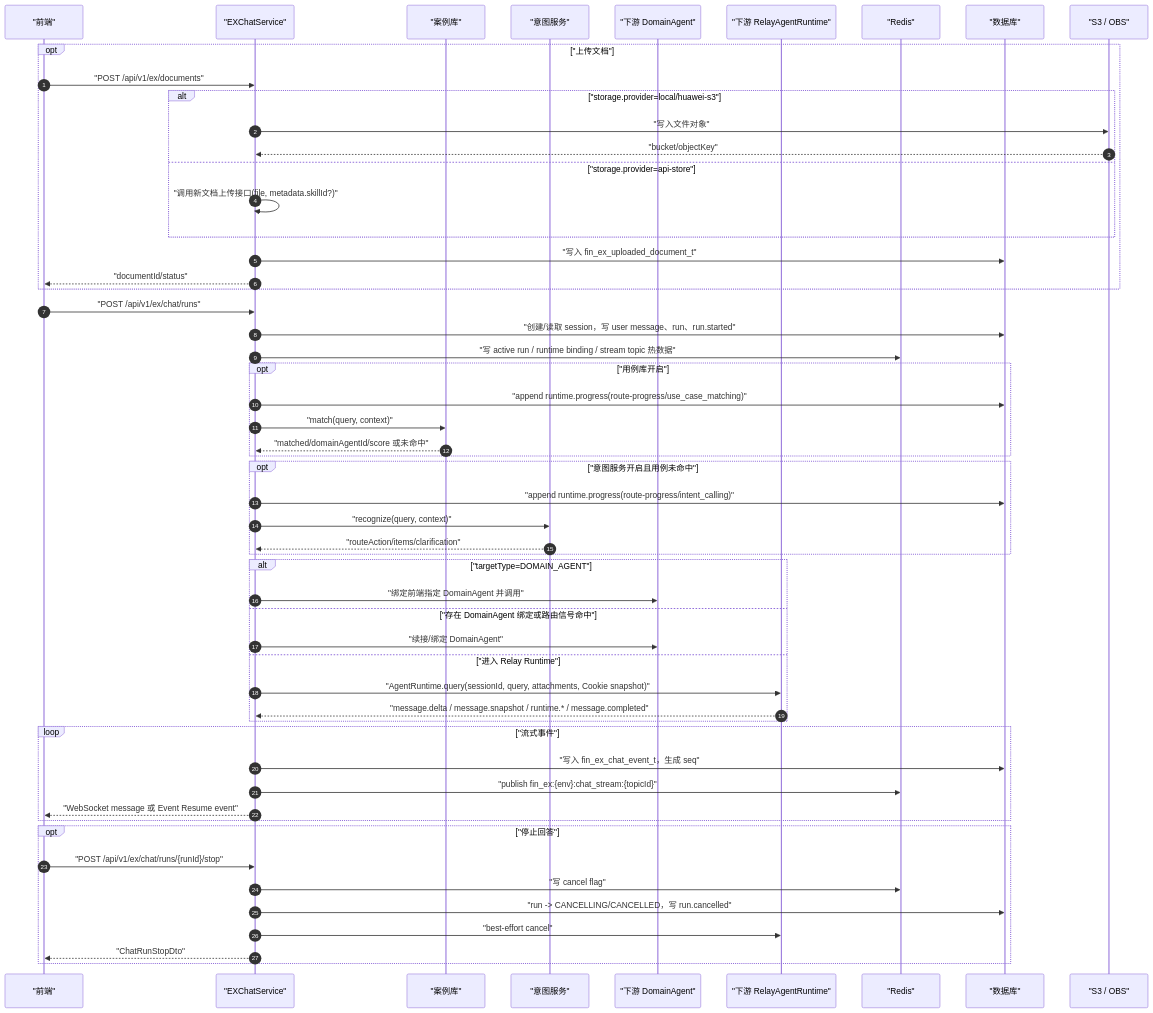
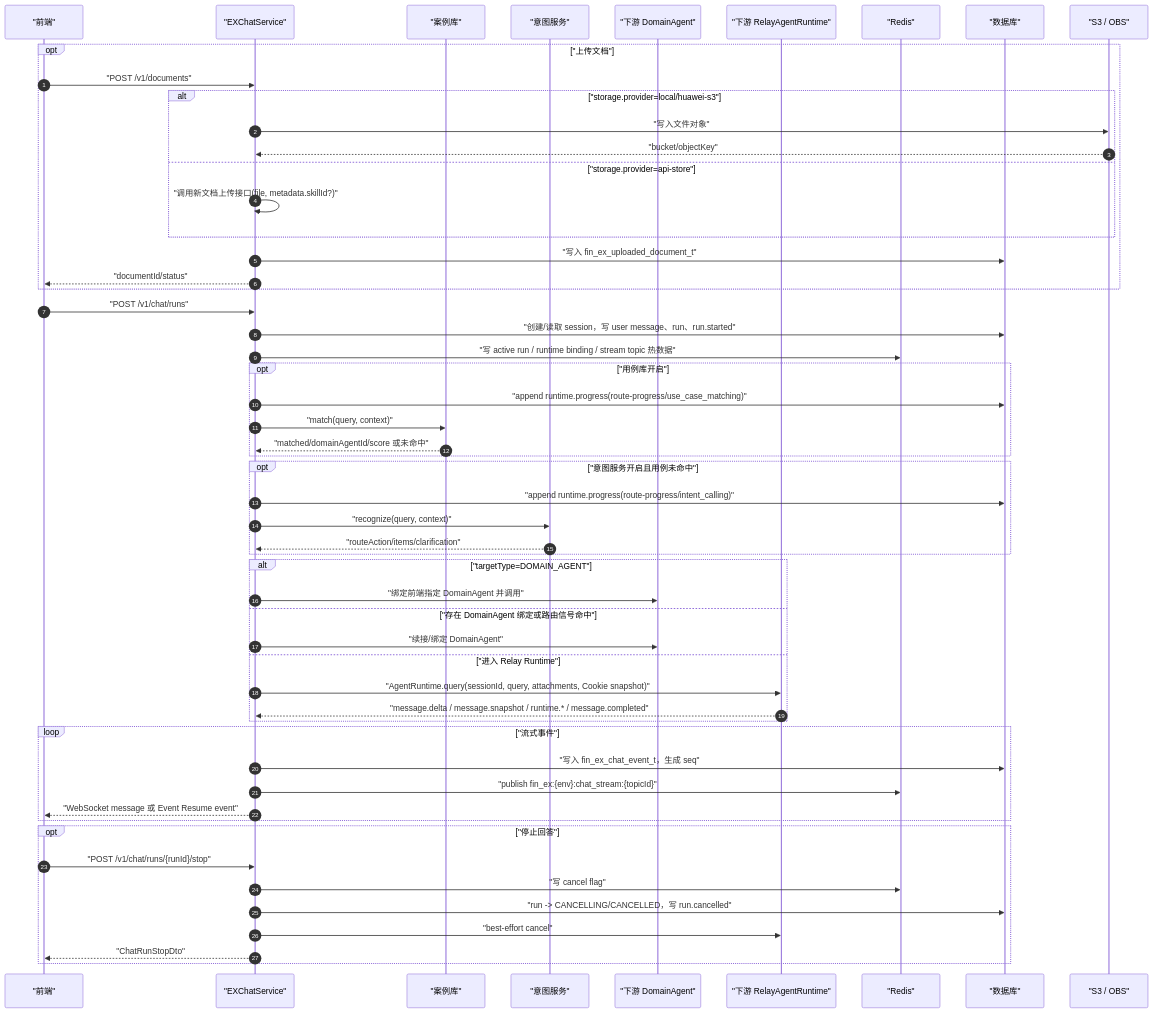
One commit to kunben-duck/exweb changed the third of 10 diagrams in docs/architecture/README.md. Above: the diagram before and after it, drawn with Mermaid. The commit also changed other lines of this file and 44 other files, not shown here.

````diff
--- a/docs/architecture/README.md
+++ b/docs/architecture/README.md
@@ -167,64 +167,64 @@
 ```mermaid
 sequenceDiagram
     autonumber
     participant Frontend as "前端"
     participant EX as "EXChatService"
     participant UseCase as "案例库"
     participant Intent as "意图服务"
     participant DomainAgent as "下游 DomainAgent"
     participant Relay as "下游 RelayAgentRuntime"
     participant Redis as "Redis"
     participant DB as "数据库"
     participant S3 as "S3 / OBS"
 
     opt "上传文档"
-        Frontend->>EX: "POST /api/v1/ex/documents"
+        Frontend->>EX: "POST /v1/documents"
         alt "storage.provider=local/huawei-s3"
             EX->>S3: "写入文件对象"
             S3-->>EX: "bucket/objectKey"
         else "storage.provider=api-store"
             EX->>EX: "调用新文档上传接口(file, metadata.skillId?)"
         end
         EX->>DB: "写入 fin_ex_uploaded_document_t"
         EX-->>Frontend: "documentId/status"
     end
 
-    Frontend->>EX: "POST /api/v1/ex/chat/runs"
+    Frontend->>EX: "POST /v1/chat/runs"
     EX->>DB: "创建/读取 session，写 user message、run、run.started"
     EX->>Redis: "写 active run / runtime binding / stream topic 热数据"
 
     opt "用例库开启"
         EX->>DB: "append runtime.progress(route-progress/use_case_matching)"
         EX->>UseCase: "match(query, context)"
         UseCase-->>EX: "matched/domainAgentId/score 或未命中"
     end
 
     opt "意图服务开启且用例未命中"
         EX->>DB: "append runtime.progress(route-progress/intent_calling)"
         EX->>Intent: "recognize(query, context)"
         Intent-->>EX: "routeAction/items/clarification"
     end
 
     alt "targetType=DOMAIN_AGENT"
         EX->>DomainAgent: "绑定前端指定 DomainAgent 并调用"
     else "存在 DomainAgent 绑定或路由信号命中"
         EX->>DomainAgent: "续接/绑定 DomainAgent"
     else "进入 Relay Runtime"
         EX->>Relay: "AgentRuntime.query(sessionId, query, attachments, Cookie snapshot)"
         Relay-->>EX: "message.delta / message.snapshot / runtime.* / message.completed"
     end
 
     loop "流式事件"
         EX->>DB: "写入 fin_ex_chat_event_t，生成 seq"
         EX->>Redis: "publish fin_ex:{env}:chat_stream:{topicId}"
         EX-->>Frontend: "WebSocket message 或 Event Resume event"
     end
 
     opt "停止回答"
-        Frontend->>EX: "POST /api/v1/ex/chat/runs/{runId}/stop"
+        Frontend->>EX: "POST /v1/chat/runs/{runId}/stop"
         EX->>Redis: "写 cancel flag"
         EX->>DB: "run -> CANCELLING/CANCELLED，写 run.cancelled"
         EX->>Relay: "best-effort cancel"
         EX-->>Frontend: "ChatRunStopDto"
     end
 ```
````
